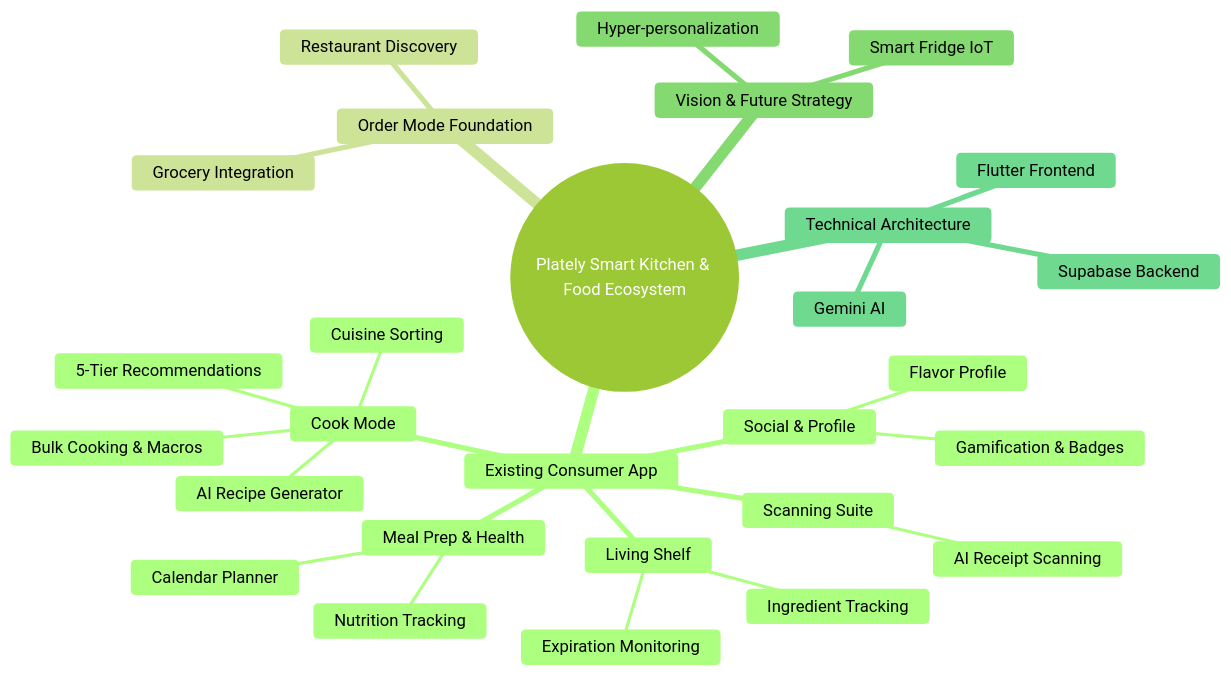
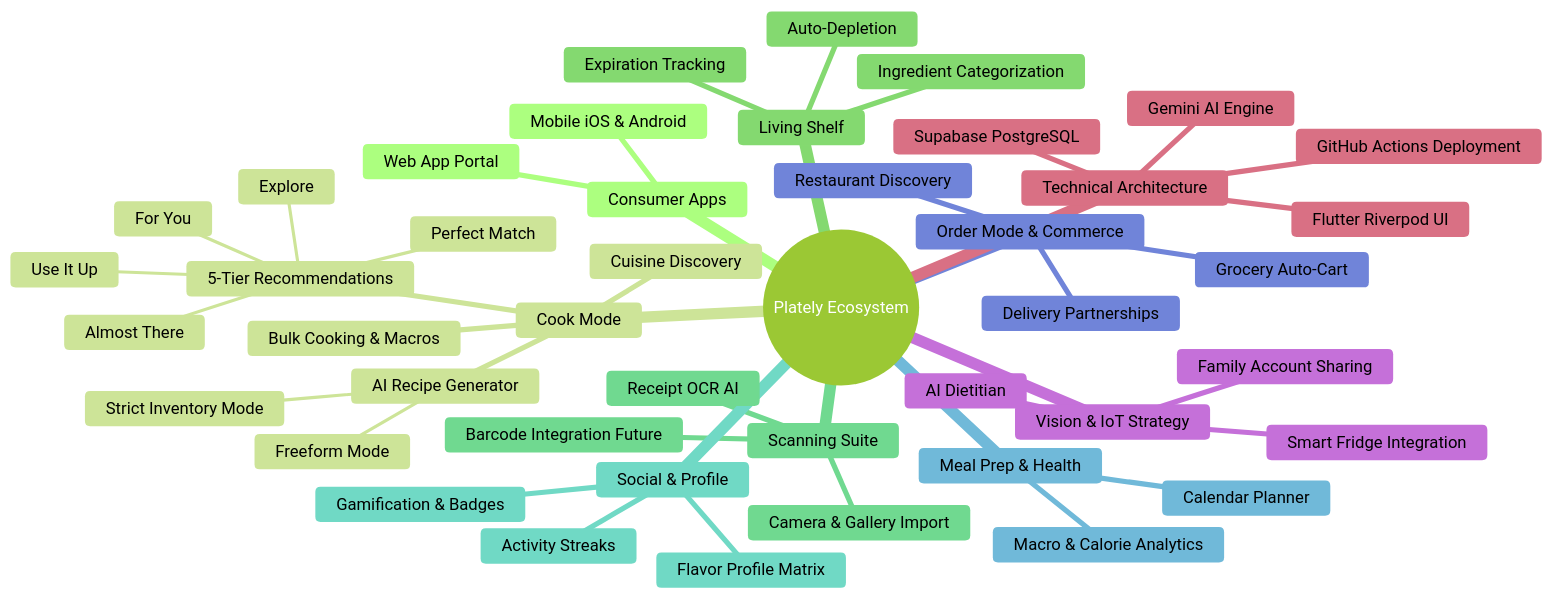
The diagram in docs/ECOSYSTEM.md (shukurillo0526/Plately), drawn with Mermaid (forest theme) before and after one commit. The commit also changed other lines of this file, not shown here.

Commit message:
docs: significantly expand ECOSYSTEM.md mindmap to cover full tech stack, IoT, commerce, and deeper feature specifics

````diff
--- a/docs/ECOSYSTEM.md
+++ b/docs/ECOSYSTEM.md
@@ -67,31 +91,47 @@
 ```mermaid
 mindmap
-  root((Plately Smart Kitchen & Food Ecosystem))
-    Existing Consumer App
-      Cook Mode
-        5-Tier Recommendations
-        Cuisine Sorting
-        AI Recipe Generator
-        Bulk Cooking & Macros
-      Living Shelf
-        Ingredient Tracking
-        Expiration Monitoring
-      Scanning Suite
-        AI Receipt Scanning
-      Social & Profile
-        Gamification & Badges
-        Flavor Profile
-      Meal Prep & Health
-        Nutrition Tracking
-        Calendar Planner
-    Order Mode Foundation
-      Grocery Integration
+  root((Plately Ecosystem))
+    Consumer Apps
+      Mobile iOS & Android
+      Web App Portal
+    Cook Mode
+      5-Tier Recommendations
+        Perfect Match
+        For You
+        Use It Up
+        Almost There
+        Explore
+      AI Recipe Generator
+        Strict Inventory Mode
+        Freeform Mode
+      Bulk Cooking & Macros
+      Cuisine Discovery
+    Living Shelf
+      Ingredient Categorization
+      Expiration Tracking
+      Auto-Depletion
+    Scanning Suite
+      Receipt OCR AI
+      Camera & Gallery Import
+      Barcode Integration Future
+    Social & Profile
+      Gamification & Badges
+      Flavor Profile Matrix
+      Activity Streaks
+    Meal Prep & Health
+      Macro & Calorie Analytics
+      Calendar Planner
+    Order Mode & Commerce
+      Grocery Auto-Cart
+      Delivery Partnerships
       Restaurant Discovery
-    Vision & Future Strategy
-      Hyper-personalization
-      Smart Fridge IoT
+    Vision & IoT Strategy
+      Smart Fridge Integration
+      Family Account Sharing
+      AI Dietitian
     Technical Architecture
-      Flutter Frontend
-      Supabase Backend
-      Gemini AI
+      Flutter Riverpod UI
+      Supabase PostgreSQL
+      Gemini AI Engine
+      GitHub Actions Deployment
 ```
````
